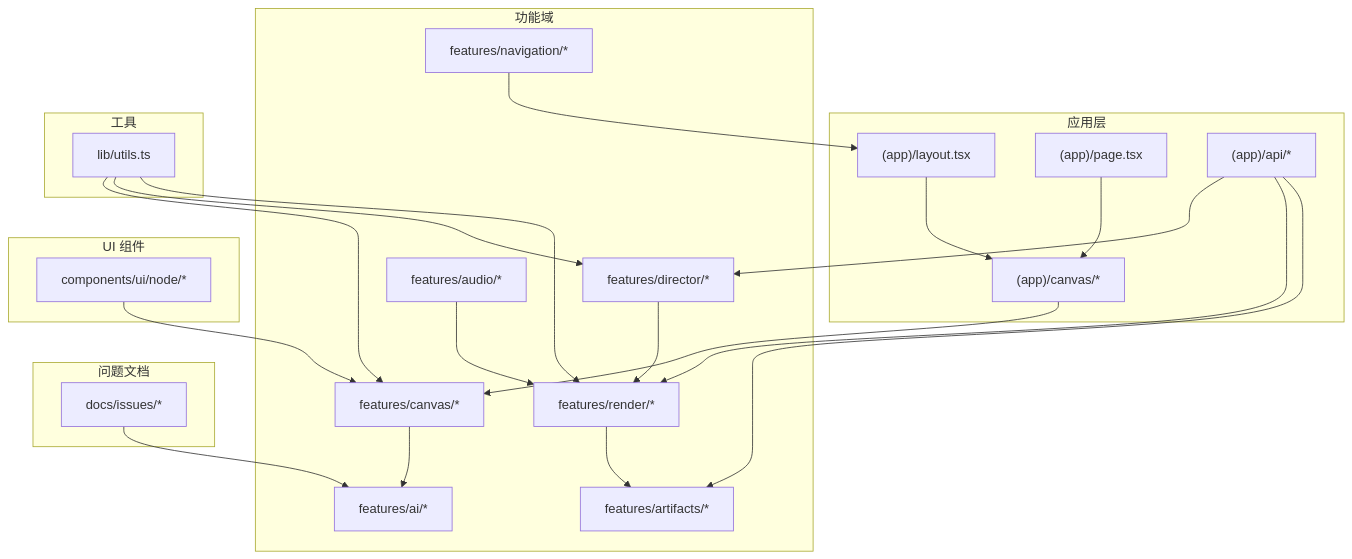
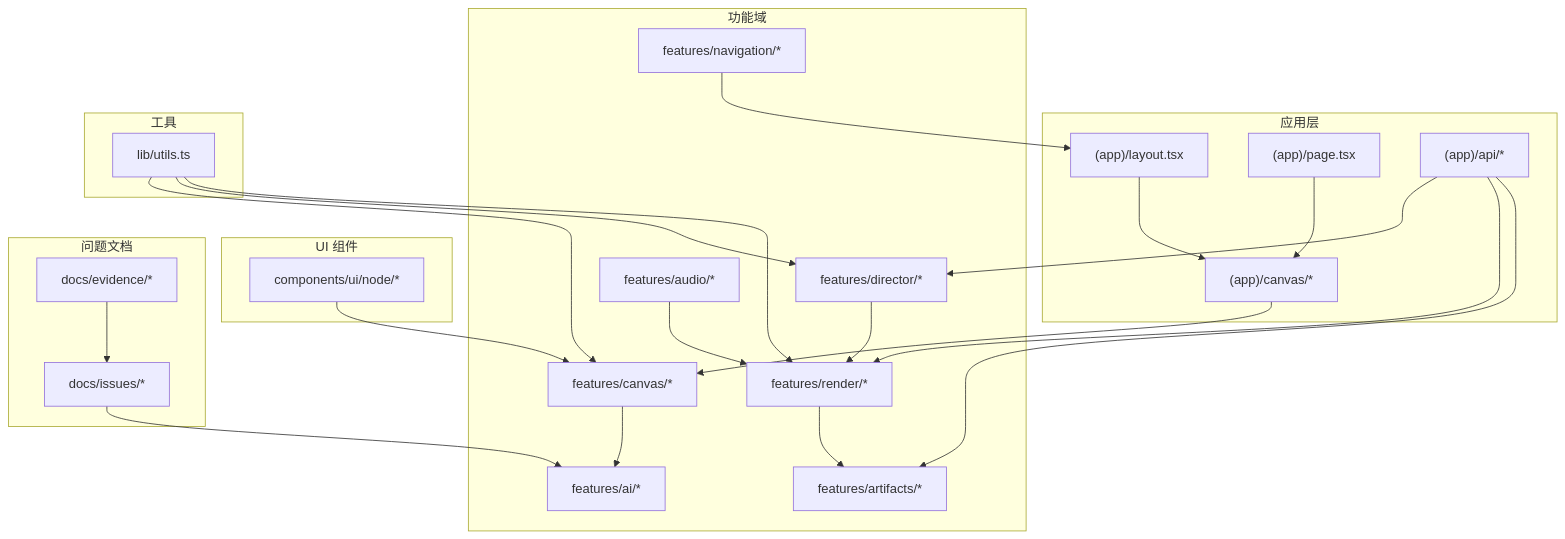
Before and after one commit to AIMFllyYS/code-video-canvas: the first of 7 diagrams in .qoder/repowiki/zh/content/开发指南/问题跟踪系统.md, drawn with Mermaid. The commit also changed other lines of this file and 44 other files, not shown here.

````diff
--- a/.qoder/repowiki/zh/content/开发指南/问题跟踪系统.md
+++ b/.qoder/repowiki/zh/content/开发指南/问题跟踪系统.md
@@ -125,43 +123,45 @@
 ```mermaid
 graph TB
 subgraph "应用层"
 A["(app)/layout.tsx"]
 B["(app)/page.tsx"]
 C["(app)/canvas/*"]
 D["(app)/api/*"]
 end
 subgraph "功能域"
 E["features/canvas/*"]
 F["features/director/*"]
 G["features/render/*"]
 H["features/artifacts/*"]
 I["features/audio/*"]
 J["features/navigation/*"]
 K["features/ai/*"]
 end
 subgraph "UI 组件"
 L["components/ui/node/*"]
 end
 subgraph "工具"
 M["lib/utils.ts"]
 end
 subgraph "问题文档"
 N["docs/issues/*"]
+O["docs/evidence/*"]
 end
 A --> C
 B --> C
 C --> E
 D --> F
 D --> G
 D --> H
 E --> K
 F --> G
 G --> H
 I --> G
 J --> A
 L --> E
 M --> E
 M --> F
 M --> G
 N --> K
+O --> N
 ```
````
